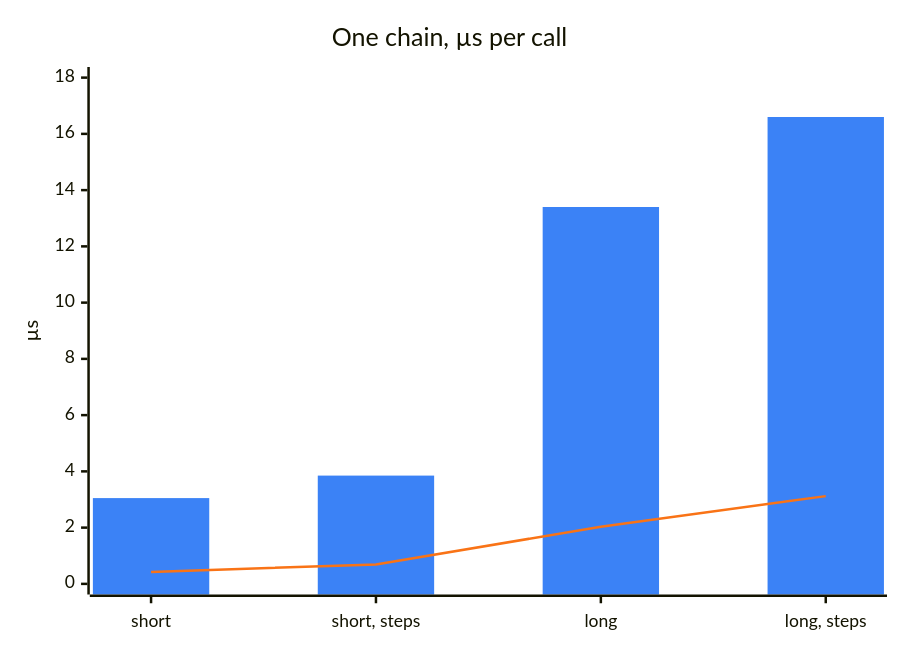
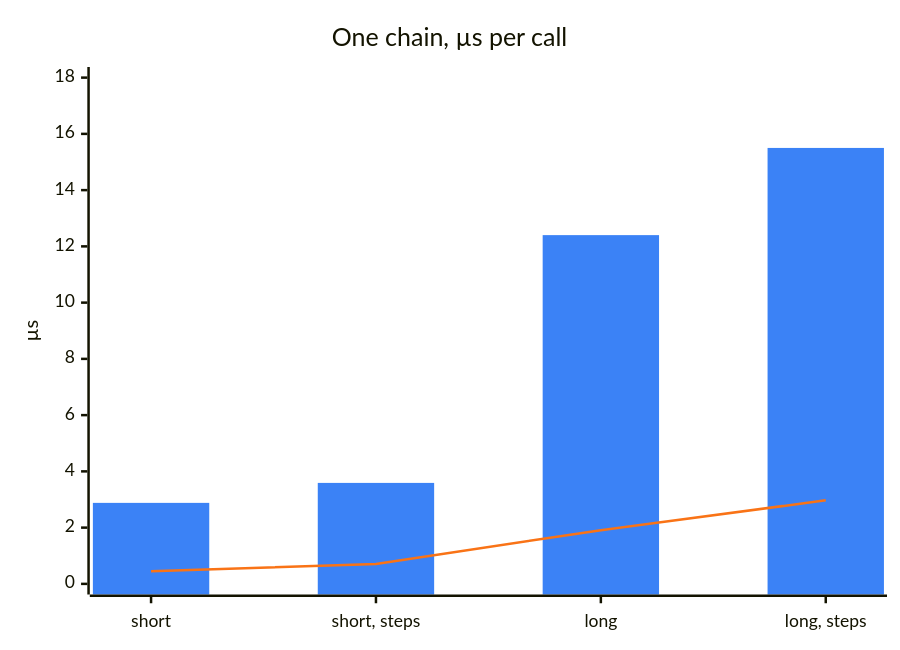
The first of 4 diagrams in website/src/content/docs/internal/performance.md (DyHex/POMWright), drawn with Mermaid before and after one commit. The commit also changed other lines of this file, not shown here.

````diff
--- a/website/src/content/docs/internal/performance.md
+++ b/website/src/content/docs/internal/performance.md
@@ -54,9 +54,9 @@
 ```mermaid
 %%{init: {"themeVariables": {"xyChart": {"plotColorPalette": "#3b82f6, #f97316"}}}}%%
 xychart-beta
   title "One chain, µs per call"
   x-axis ["short", "short, steps", "long", "long, steps"]
   y-axis "µs" 0 --> 18
-  bar [3.05, 3.85, 13.4, 16.6]
-  line [0.423, 0.692, 2.03, 3.12]
+  bar [2.88, 3.59, 12.4, 15.5]
+  line [0.447, 0.708, 1.91, 2.97]
 ```
````
